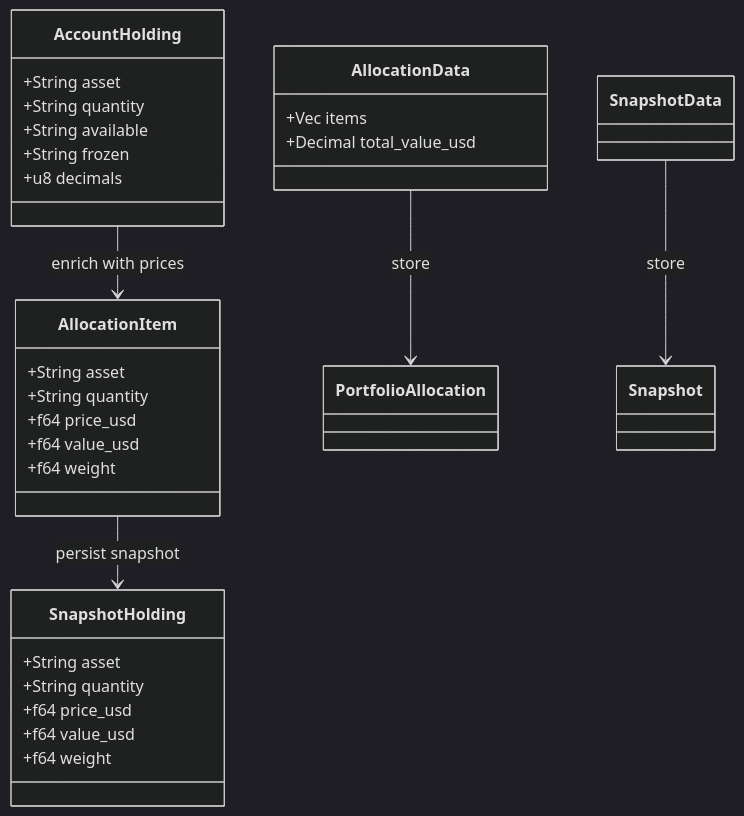
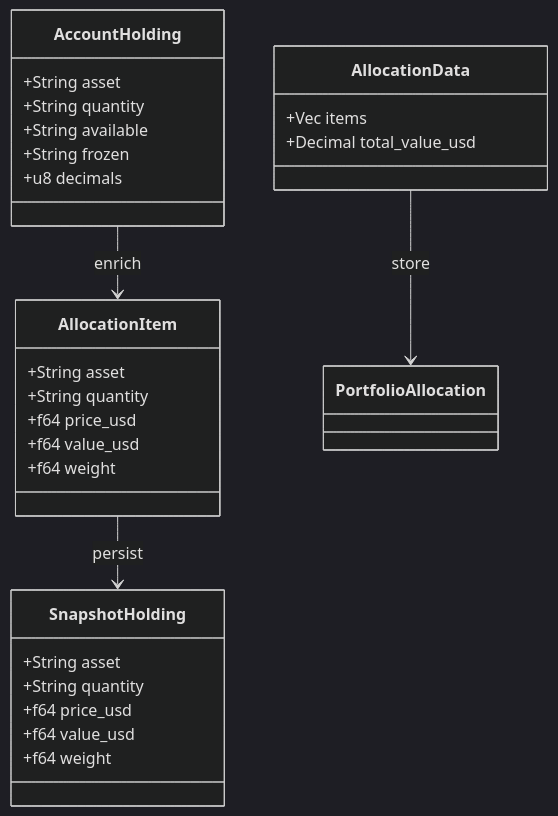
Before and after one commit to doitsu2014/crypto-pocket-butler: the fourth of 5 diagrams in docs/architecture/01-architecture-design/01-domain-models.md, drawn with Mermaid (dark theme). The commit also changed other lines of this file and 3 other files, not shown here.

First line of the commit message:
docs: Fix all Mermaid syntax errors for GitHub compatibility

````diff
--- a/docs/architecture/01-architecture-design/01-domain-models.md
+++ b/docs/architecture/01-architecture-design/01-domain-models.md
@@ -114,36 +114,35 @@
 ```mermaid
 classDiagram
     class AccountHolding {
         +String asset
         +String quantity
         +String available
         +String frozen
         +u8 decimals
     }
     
     class AllocationItem {
         +String asset
         +String quantity
         +f64 price_usd
         +f64 value_usd
         +f64 weight
     }
     
     class AllocationData {
         +Vec items
         +Decimal total_value_usd
     }
     
     class SnapshotHolding {
         +String asset
         +String quantity
         +f64 price_usd
         +f64 value_usd
         +f64 weight
     }
     
-    AccountHolding --> AllocationItem : enrich with prices
-    AllocationItem --> SnapshotHolding : persist snapshot
+    AccountHolding --> AllocationItem : enrich
+    AllocationItem --> SnapshotHolding : persist
     AllocationData --> PortfolioAllocation : store
-    SnapshotData --> Snapshot : store
 ```
````
